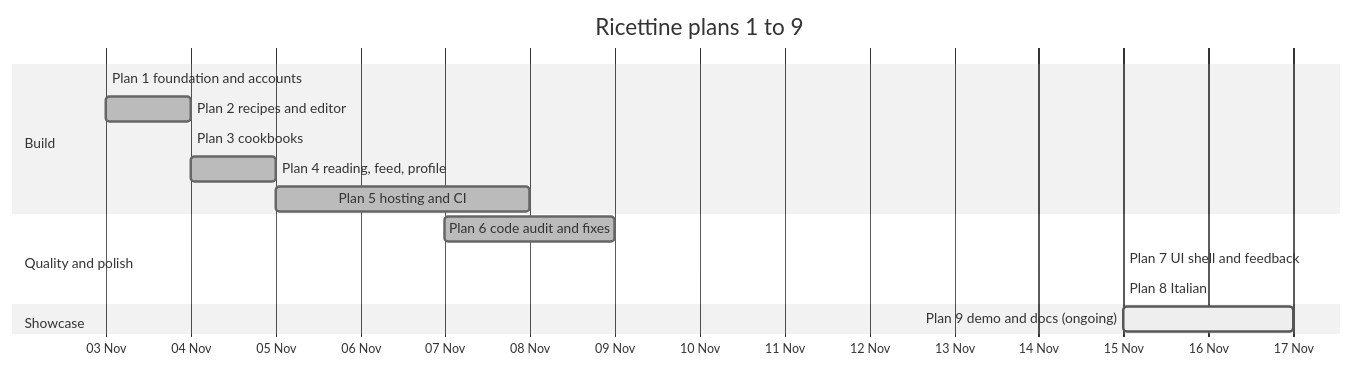
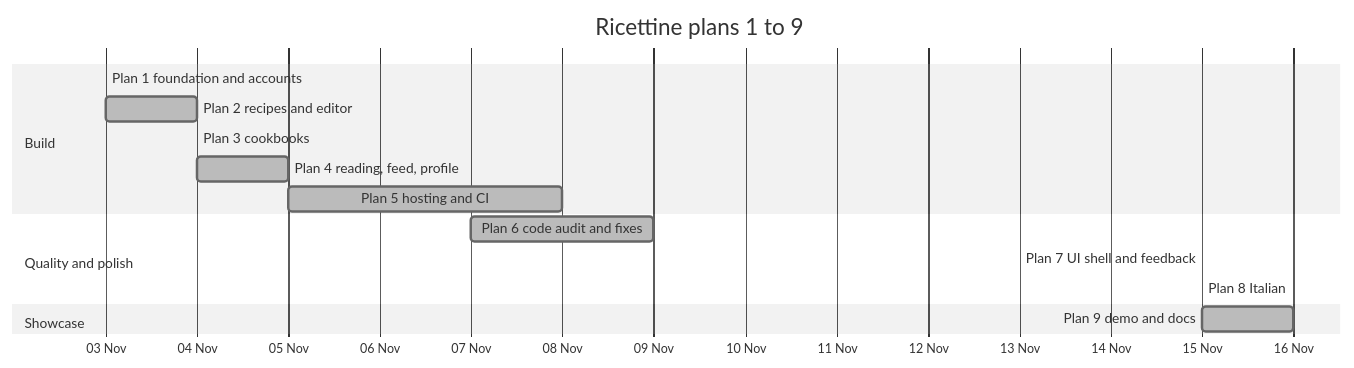
One commit to Spezialissimo/Ricettine changed the diagram in docs/roadmap.md. Above: the diagram before and after it, drawn with Mermaid (neutral theme). The commit also changed other lines of this file and 2 other files, not shown here.

Commit message:
Docs: written as merged; Plan 9 merged 2026-11-16

````diff
--- a/docs/roadmap.md
+++ b/docs/roadmap.md
@@ -5,18 +5,18 @@
 ```mermaid
 gantt
     title Ricettine plans 1 to 9
     dateFormat YYYY-MM-DD
     axisFormat %d %b
     section Build
     Plan 1 foundation and accounts :done, p1, 2026-11-03, 2026-11-03
     Plan 2 recipes and editor :done, p2, 2026-11-03, 2026-11-04
     Plan 3 cookbooks :done, p3, 2026-11-04, 2026-11-04
     Plan 4 reading, feed, profile :done, p4, 2026-11-04, 2026-11-05
     Plan 5 hosting and CI :done, p5, 2026-11-05, 2026-11-08
     section Quality and polish
     Plan 6 code audit and fixes :done, p6, 2026-11-07, 2026-11-09
     Plan 7 UI shell and feedback :done, p7, 2026-11-15, 2026-11-15
     Plan 8 Italian :done, p8, 2026-11-15, 2026-11-15
     section Showcase
-    Plan 9 demo and docs (ongoing) :active, p9, 2026-11-15, 2026-11-17
+    Plan 9 demo and docs :done, p9, 2026-11-15, 2026-11-16
 ```
````
